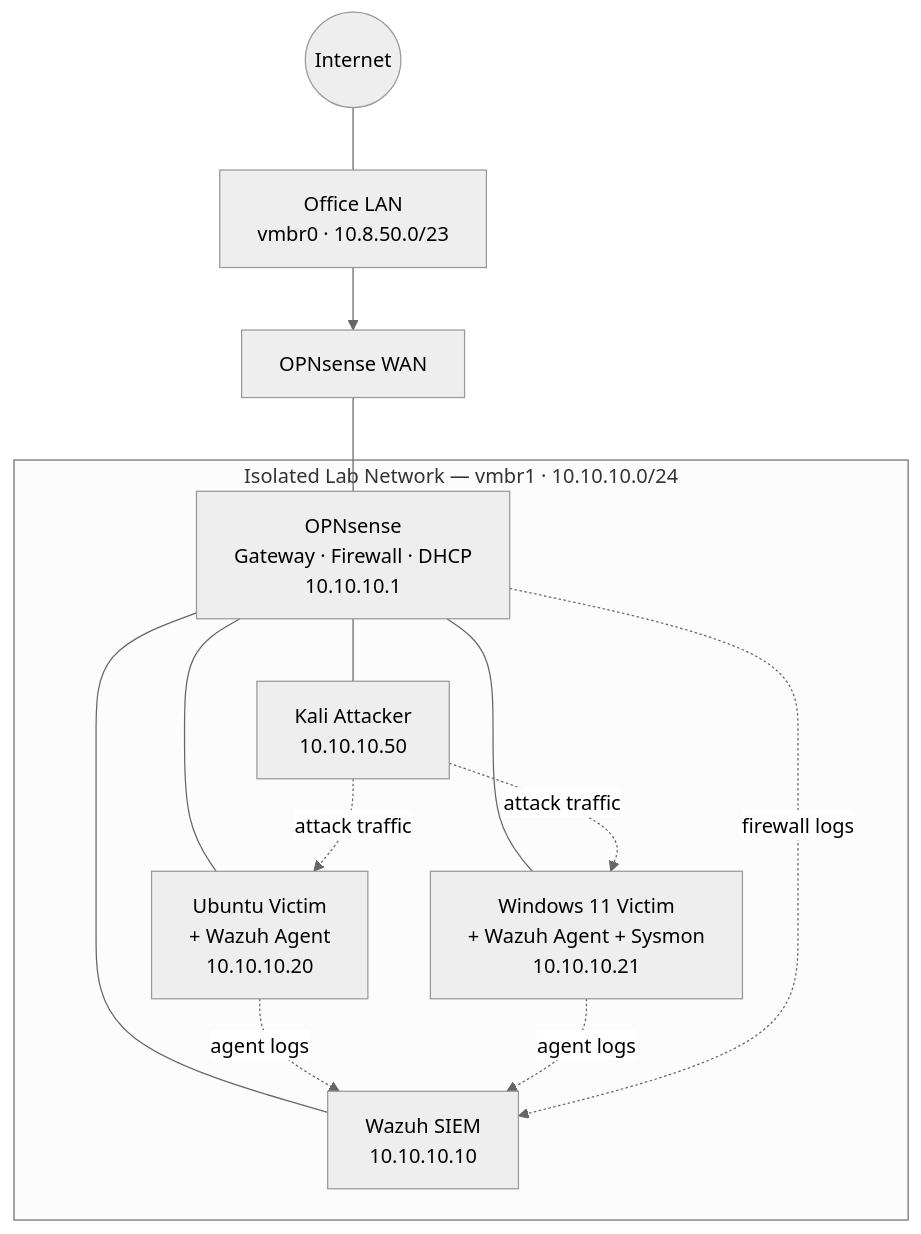
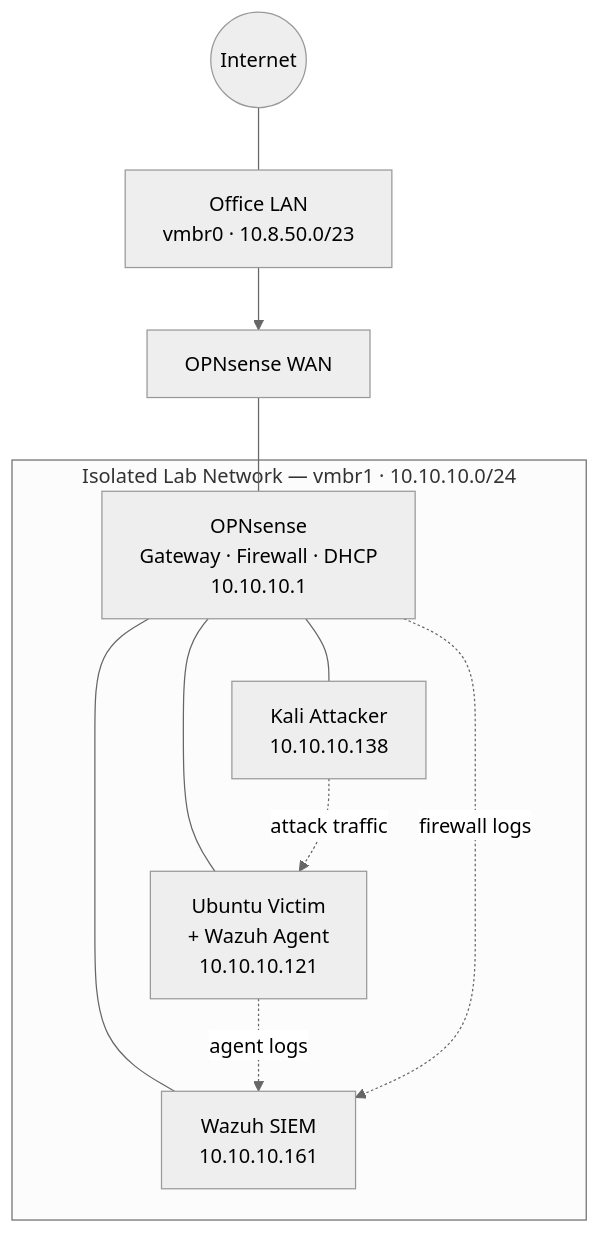
The diagram in README.md (SamuelKhawsigan/homelab-siem-lab), drawn with Mermaid (neutral theme) before and after one commit. The commit also changed other lines of this file, not shown here.

````diff
--- a/README.md
+++ b/README.md
@@ -25,26 +25,22 @@
 ```mermaid
 flowchart TB
     NET((Internet))
     HOME[Office LAN\nvmbr0 · 10.8.50.0/23]
     NET --- HOME
     HOME --> WAN[OPNsense WAN]
 
     subgraph LAB["Isolated Lab Network — vmbr1 · 10.10.10.0/24"]
         FW[OPNsense\nGateway · Firewall · DHCP\n10.10.10.1]
-        WZ[Wazuh SIEM\n10.10.10.10]
-        VIC1[Ubuntu Victim\n+ Wazuh Agent\n10.10.10.20]
-        VIC2[Windows 11 Victim\n+ Wazuh Agent + Sysmon\n10.10.10.21]
-        ATK[Kali Attacker\n10.10.10.50]
+        WZ[Wazuh SIEM\n10.10.10.161]
+        VIC1[Ubuntu Victim\n+ Wazuh Agent\n10.10.10.121]
+        ATK[Kali Attacker\n10.10.10.138]
     end
 
     WAN --- FW
     FW --- WZ
     FW --- VIC1
-    FW --- VIC2
     FW --- ATK
     ATK -.->|attack traffic| VIC1
-    ATK -.->|attack traffic| VIC2
     VIC1 -.->|agent logs| WZ
-    VIC2 -.->|agent logs| WZ
     FW -.->|firewall logs| WZ
 ```
````
